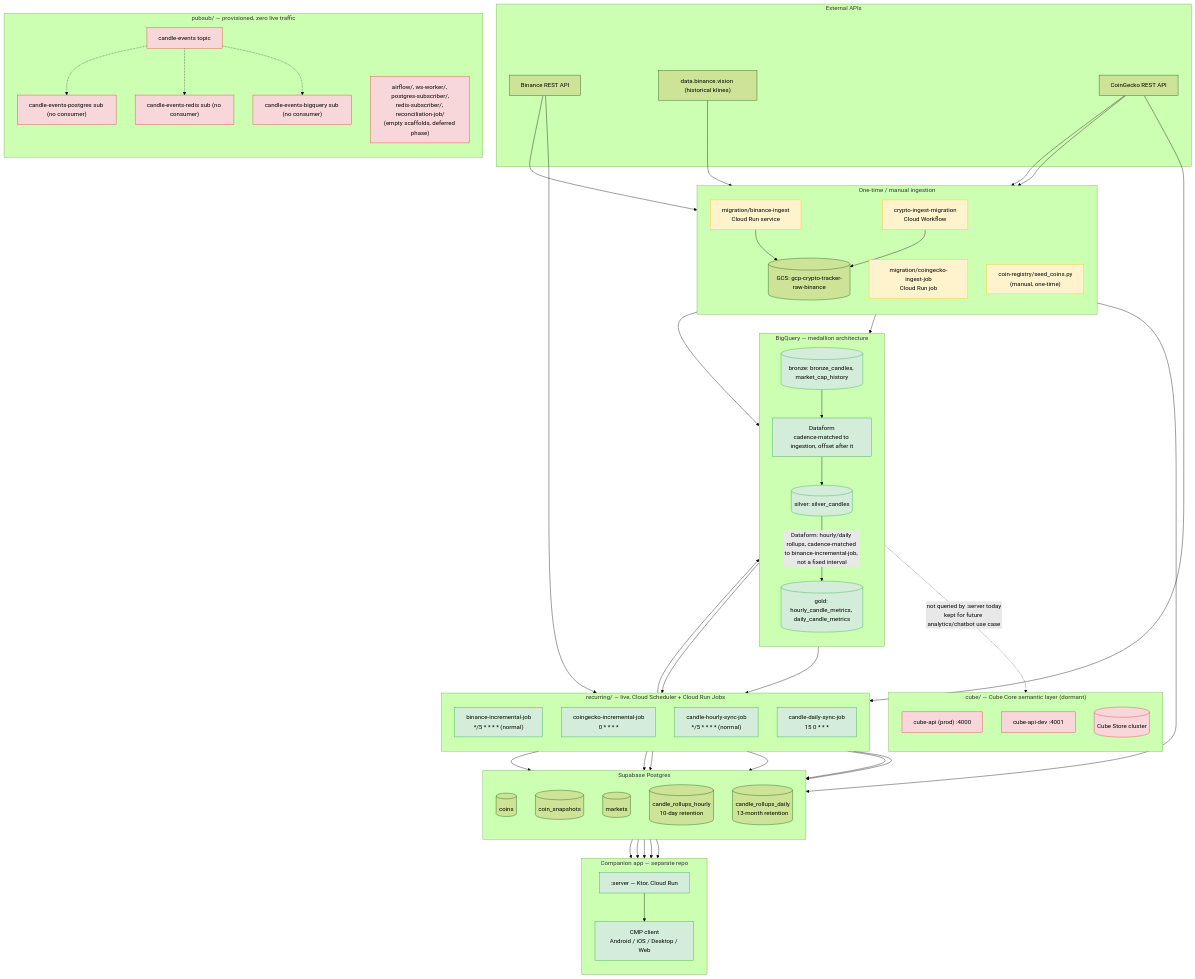
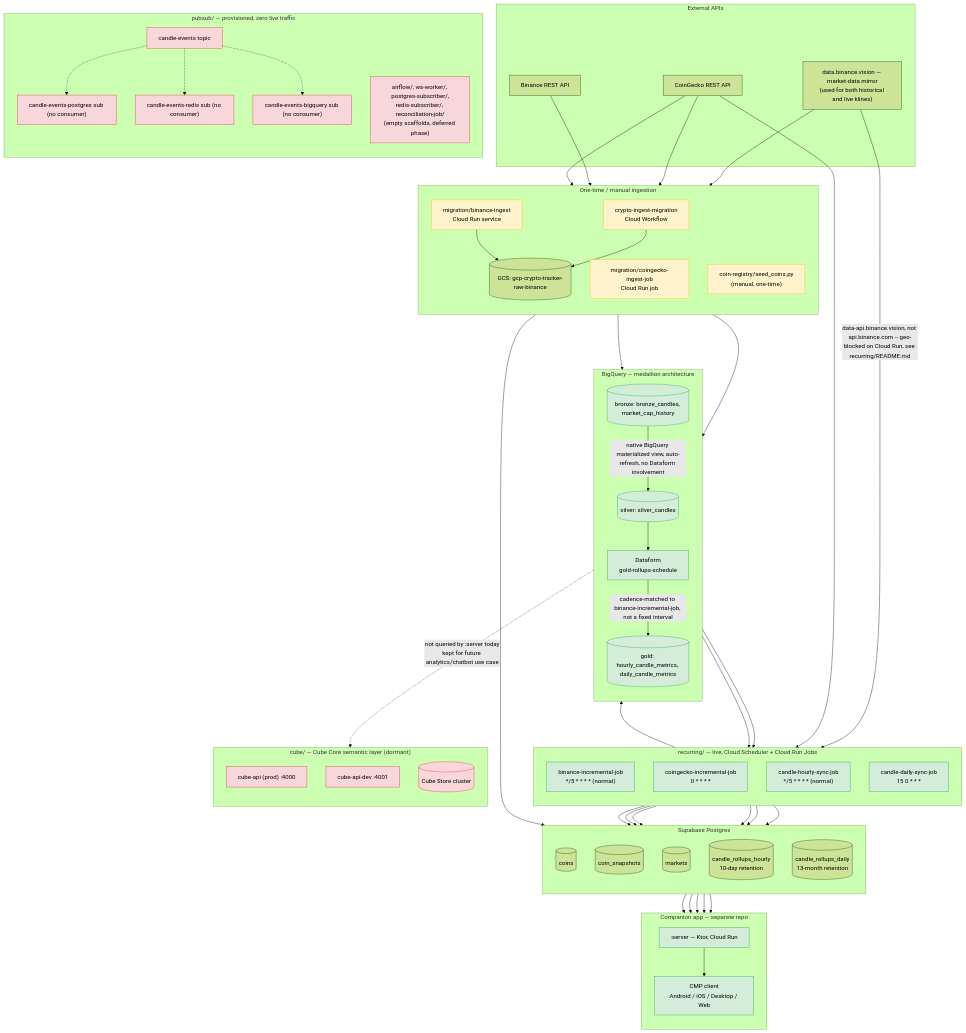
The diagram in README.md (DaironDanilo/cryptotracker-data-platform), drawn with Mermaid (forest theme) before and after one commit.

First paragraph of the commit message:
Fix two structural errors in the diagram my first accuracy pass missed
Checking labels/schedules wasn't enough -- the topology itself had two
real errors, found by re-verifying against actual source files rather
than re-reading the diagram:

```diff
--- a/README.md
+++ b/README.md
@@ -27,7 +27,7 @@
 flowchart TB
     subgraph ext["External APIs"]
         binanceAPI["Binance REST API"]
-        binanceHist["data.binance.vision (historical klines)"]
+        binanceHist["data.binance.vision — market-data mirror<br/>(used for both historical and live klines)"]
         geckoAPI["CoinGecko REST API"]
     end
 
@@ -51,7 +51,7 @@
     subgraph bq["BigQuery — medallion architecture"]
         direction TB
         bronze[("bronze: bronze_candles, market_cap_history")]
-        dataform["Dataform<br/>cadence-matched to ingestion, offset after it"]
+        dataform["Dataform<br/>gold-rollups-schedule"]
         silver[("silver: silver_candles")]
         gold[("gold: hourly_candle_metrics, daily_candle_metrics")]
     end
@@ -92,7 +92,7 @@
     gcsBucket --> bronze
     geckoAPI --> migGecko --> bronze
 
-    binanceAPI --> binanceIncr
+    binanceHist -->|data-api.binance.vision, not api.binance.com -- geo-blocked on Cloud Run, see recurring/README.md| binanceIncr
     geckoAPI --> geckoIncr
 
     binanceIncr --> bronze
@@ -104,8 +104,8 @@
     binanceAPI --> seedJob
     geckoAPI --> seedJob --> coinsT
 
-    bronze --> dataform --> silver
-    silver -->|Dataform: hourly/daily rollups, cadence-matched to binance-incremental-job, not a fixed interval| gold
+    bronze -->|native BigQuery materialized view, auto-refresh, no Dataform involvement| silver
+    silver --> dataform -->|cadence-matched to binance-incremental-job, not a fixed interval| gold
 
     gold --> hourlySync --> hourlyRollup
     gold --> dailySync --> dailyRollup
```
